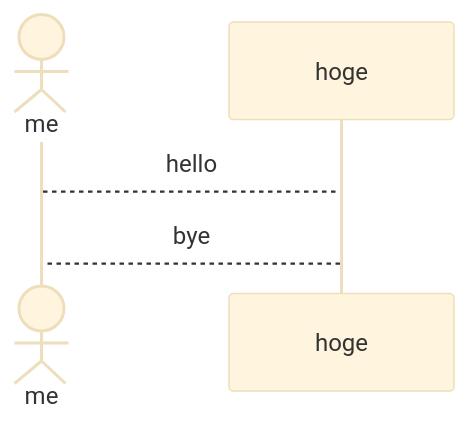
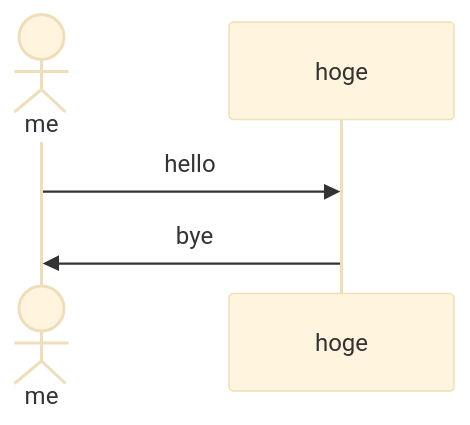
The diagram in mermaidTest.md (36kyo/36kyo.github.io), drawn with Mermaid (base theme) before and after one commit. The commit also changed other lines of this file, not shown here.

````diff
--- a/mermaidTest.md
+++ b/mermaidTest.md
@@ -14,8 +14,8 @@
 ```mermaid
 sequenceDiagram
   actor me
   participant hoge
   
-  me --> hoge : hello
-  hoge --> me : bye
+  me ->> hoge : hello
+  hoge ->> me : bye
 ```
````
